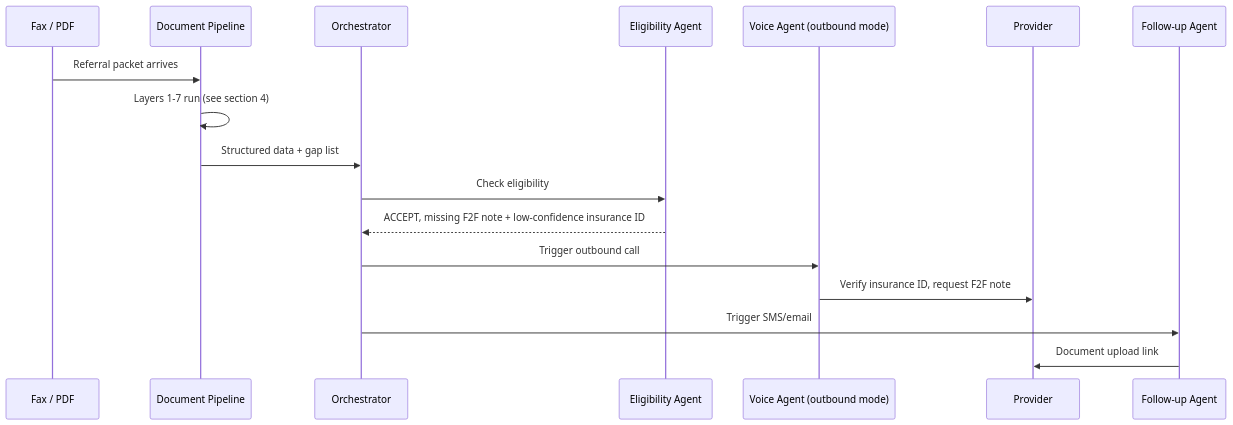
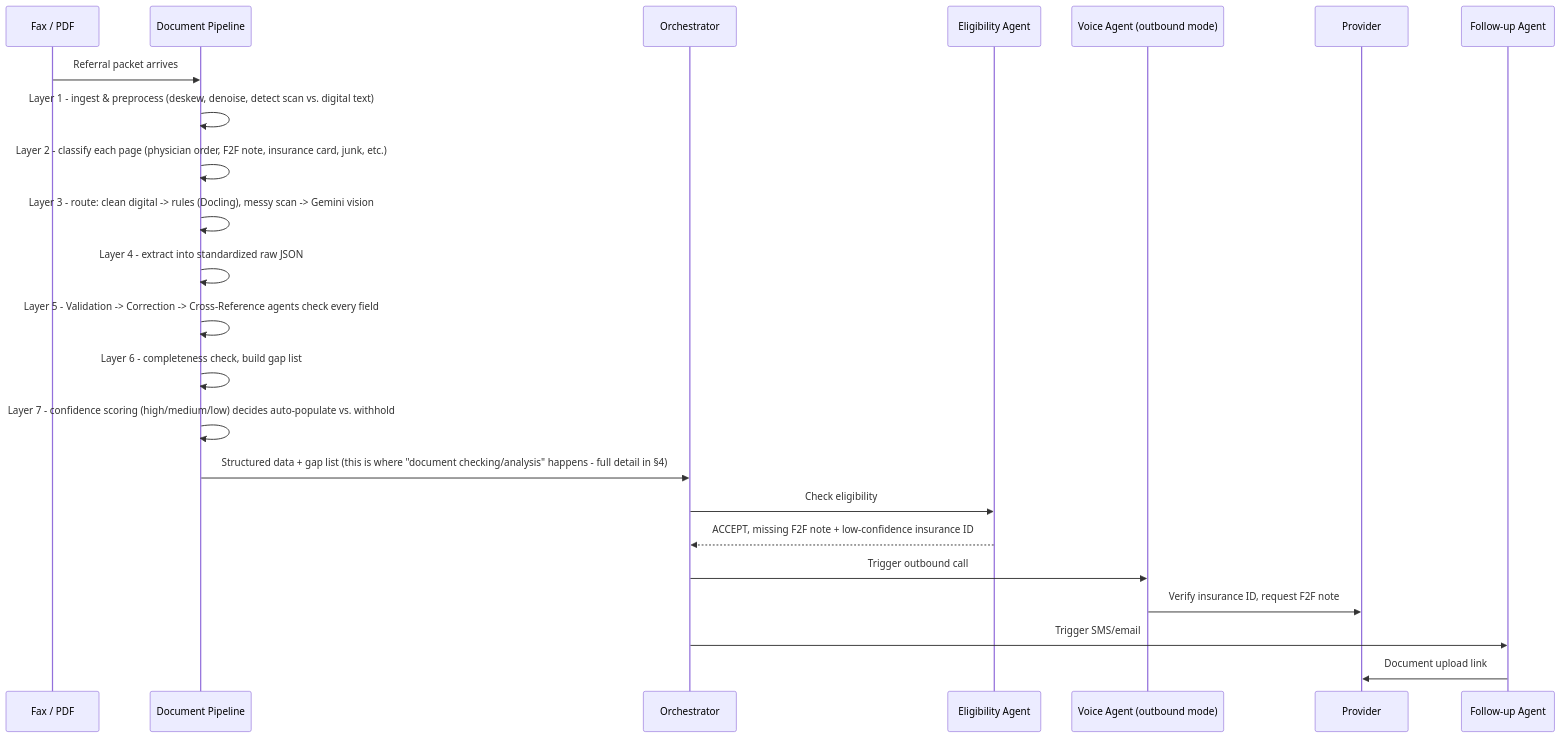
One commit to jaimeguzman/arya-hackathon changed the seventh of 9 diagrams in docs/ARCHITECTURE.md. Above: the diagram before and after it, drawn with Mermaid. The commit also changed other lines of this file and 5 other files, not shown here.

````diff
--- a/docs/ARCHITECTURE.md
+++ b/docs/ARCHITECTURE.md
@@ -236,20 +245,26 @@
 ```mermaid
 sequenceDiagram
     participant Fax as Fax / PDF
     participant Pipe as Document Pipeline
     participant Orch as Orchestrator
     participant Elig as Eligibility Agent
     participant Voice as Voice Agent (outbound mode)
     participant Provider
     participant Follow as Follow-up Agent
 
     Fax->>Pipe: Referral packet arrives
-    Pipe->>Pipe: Layers 1-7 run (see section 4)
-    Pipe->>Orch: Structured data + gap list
+    Pipe->>Pipe: Layer 1 - ingest & preprocess (deskew, denoise, detect scan vs. digital text)
+    Pipe->>Pipe: Layer 2 - classify each page (physician order, F2F note, insurance card, junk, etc.)
+    Pipe->>Pipe: Layer 3 - route: clean digital -> rules (Docling), messy scan -> Gemini vision
+    Pipe->>Pipe: Layer 4 - extract into standardized raw JSON
+    Pipe->>Pipe: Layer 5 - Validation -> Correction -> Cross-Reference agents check every field
+    Pipe->>Pipe: Layer 6 - completeness check, build gap list
+    Pipe->>Pipe: Layer 7 - confidence scoring (high/medium/low) decides auto-populate vs. withhold
+    Pipe->>Orch: Structured data + gap list (this is where "document checking/analysis" happens - full detail in §4)
     Orch->>Elig: Check eligibility
     Elig-->>Orch: ACCEPT, missing F2F note + low-confidence insurance ID
     Orch->>Voice: Trigger outbound call
     Voice->>Provider: Verify insurance ID, request F2F note
     Orch->>Follow: Trigger SMS/email
     Follow->>Provider: Document upload link
 ```
````
